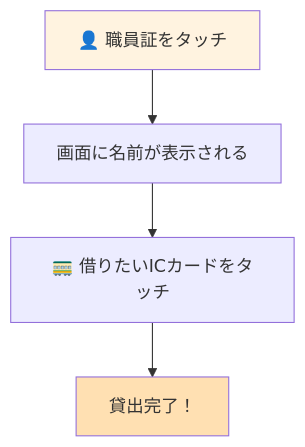
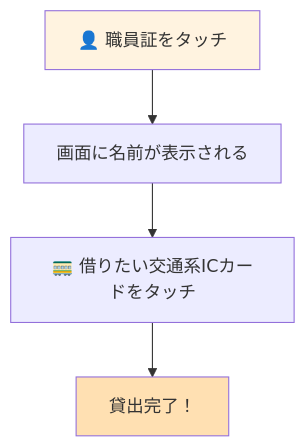
The first of 4 diagrams in ICCardManager/docs/manual/ユーザーマニュアル概要版.md (kuwayamamasayuki/ICCardManager), drawn with Mermaid before and after one commit. The commit also changed other lines of this file and 10 other files, not shown here.

````diff
--- a/ICCardManager/docs/manual/ユーザーマニュアル概要版.md
+++ b/ICCardManager/docs/manual/ユーザーマニュアル概要版.md
@@ -15,9 +15,9 @@
 ```mermaid
 flowchart TD
     A[👤 職員証をタッチ] --> B[画面に名前が表示される]
-    B --> C[🚃 借りたいICカードをタッチ]
+    B --> C[🚃 借りたい交通系ICカードをタッチ]
     C --> D[貸出完了！]
 
     style A fill:#fff3e0
     style D fill:#ffe0b2
 ```
````
